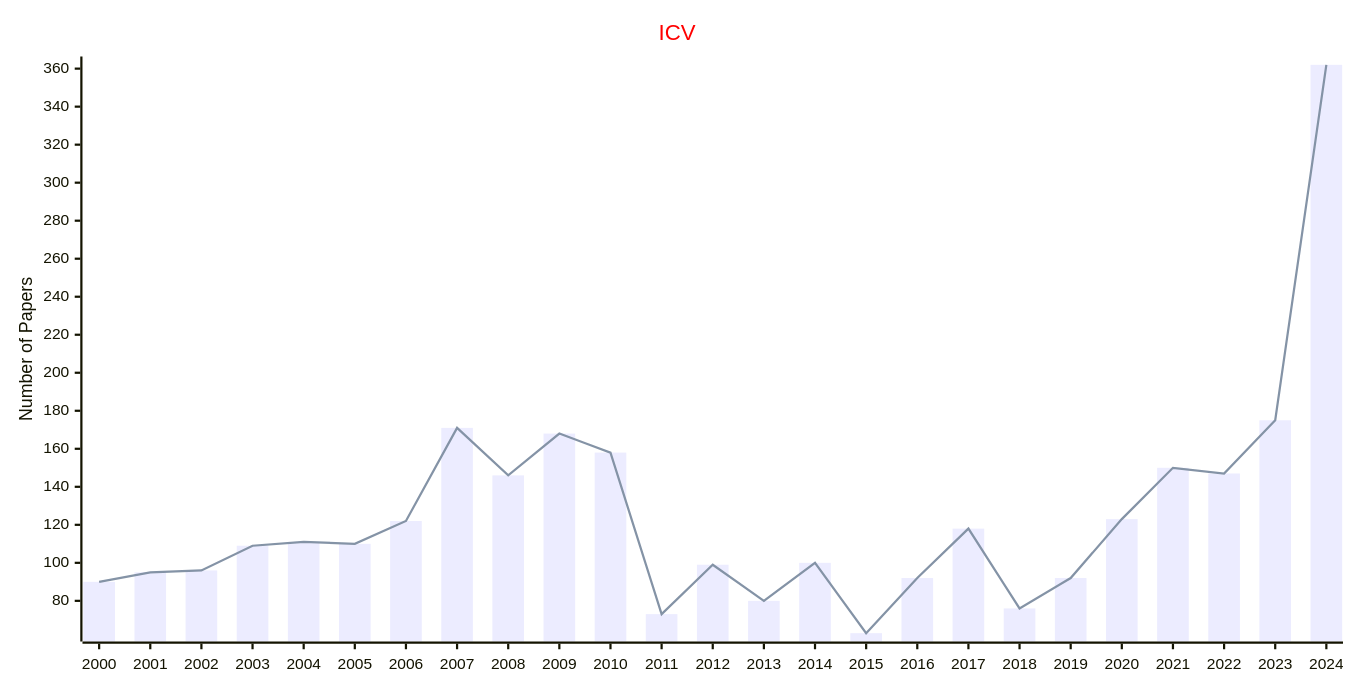
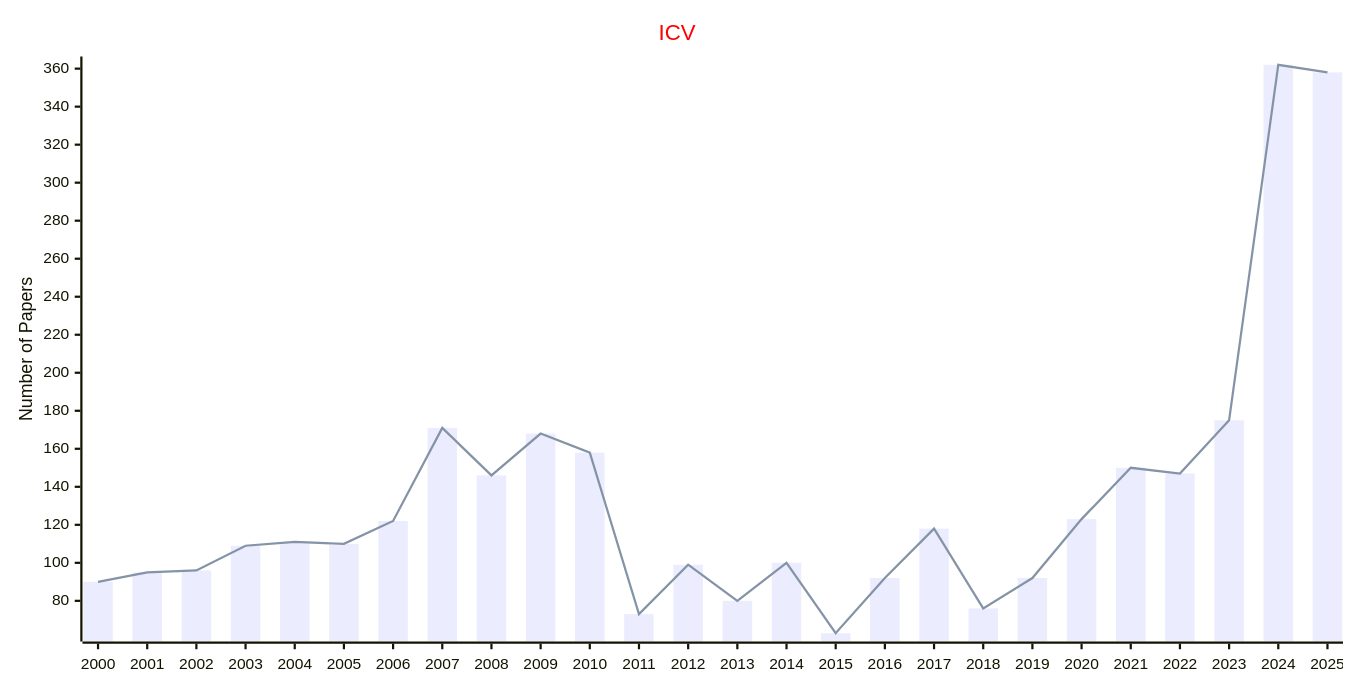
The first of 3 diagrams in docs/data/Journals/Statistics_Journals/Image_Processing.md (Easy-PhD/AILinks), drawn with Mermaid before and after one commit. The commit also changed other lines of this file and 107 other files, not shown here.

````diff
--- a/docs/data/Journals/Statistics_Journals/Image_Processing.md
+++ b/docs/data/Journals/Statistics_Journals/Image_Processing.md
@@ -9,17 +9,17 @@
 ```mermaid
 ---
 config:
     xyChart:
         width: 1200
         height: 600
     themeVariables:
         xyChart:
             titleColor: "#ff0000"
 ---
 xychart-beta
     title "ICV"
-    x-axis [2000, 2001, 2002, 2003, 2004, 2005, 2006, 2007, 2008, 2009, 2010, 2011, 2012, 2013, 2014, 2015, 2016, 2017, 2018, 2019, 2020, 2021, 2022, 2023, 2024]
+    x-axis [2000, 2001, 2002, 2003, 2004, 2005, 2006, 2007, 2008, 2009, 2010, 2011, 2012, 2013, 2014, 2015, 2016, 2017, 2018, 2019, 2020, 2021, 2022, 2023, 2024, 2025]
     y-axis "Number of Papers"
-    bar [90, 95, 96, 109, 111, 110, 122, 171, 146, 168, 158, 73, 99, 80, 100, 63, 92, 118, 76, 92, 123, 150, 147, 175, 362]
-    line [90, 95, 96, 109, 111, 110, 122, 171, 146, 168, 158, 73, 99, 80, 100, 63, 92, 118, 76, 92, 123, 150, 147, 175, 362]
+    bar [90, 95, 96, 109, 111, 110, 122, 171, 146, 168, 158, 73, 99, 80, 100, 63, 92, 118, 76, 92, 123, 150, 147, 175, 362, 358]
+    line [90, 95, 96, 109, 111, 110, 122, 171, 146, 168, 158, 73, 99, 80, 100, 63, 92, 118, 76, 92, 123, 150, 147, 175, 362, 358]
 ```
````
